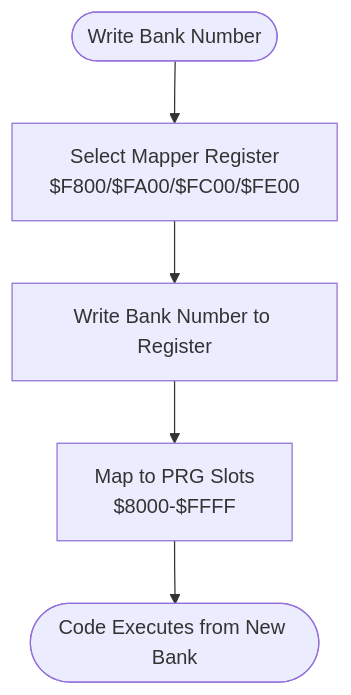
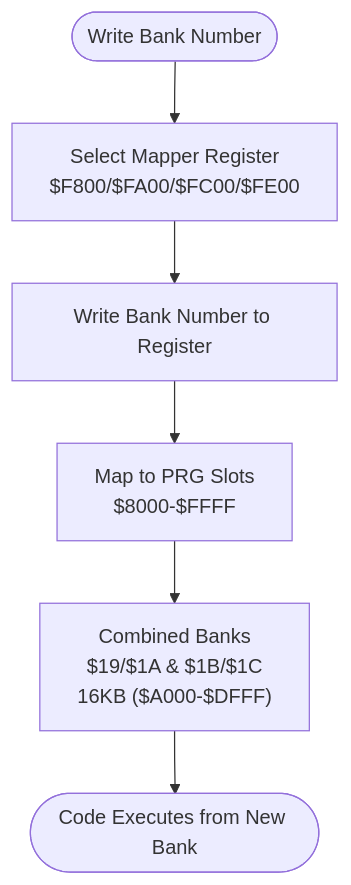
One commit to rabbyzero/sango2dasm changed the third of 5 diagrams in .qoder/repowiki/en/content/Project Overview/Memory Map and Hardware.md. Above: the diagram before and after it, drawn with Mermaid. The commit also changed other lines of this file and 11 other files, not shown here.

````diff
--- a/.qoder/repowiki/en/content/Project Overview/Memory Map and Hardware.md
+++ b/.qoder/repowiki/en/content/Project Overview/Memory Map and Hardware.md
@@ -198,7 +251,8 @@
 ```mermaid
 flowchart TD
 Start(["Write Bank Number"]) --> SelectReg["Select Mapper Register<br/>$F800/$FA00/$FC00/$FE00"]
 SelectReg --> WriteBank["Write Bank Number to Register"]
 WriteBank --> MapSlots["Map to PRG Slots<br/>$8000-$FFFF"]
-MapSlots --> Exec(["Code Executes from New Bank"])
+MapSlots --> Combined["Combined Banks<br/>$19/$1A & $1B/$1C<br/>16KB ($A000-$DFFF)"]
+Combined --> Exec(["Code Executes from New Bank"])
 ```
````
